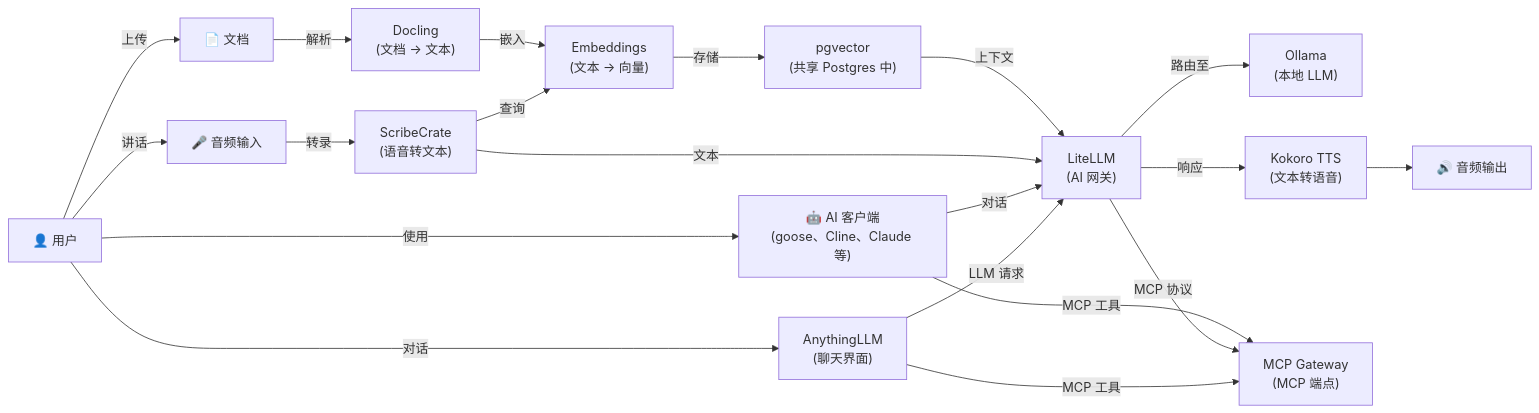
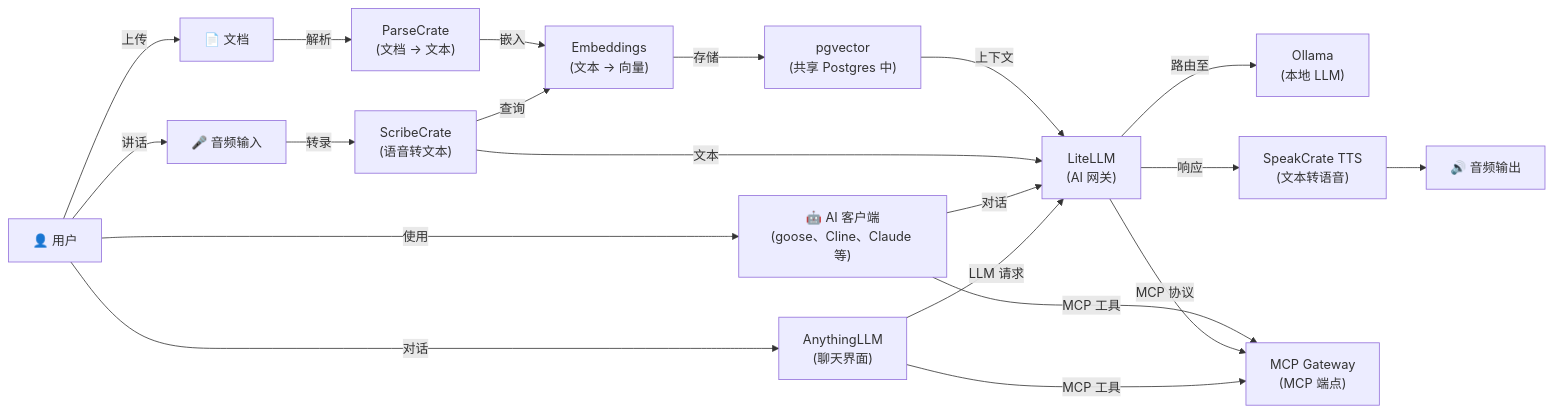
The diagram in README-zh.md (hwdsl2/self-hosted-ai-stack), drawn with Mermaid before and after one commit. The commit also changed other lines of this file and 26 other files, not shown here.

````diff
--- a/README-zh.md
+++ b/README-zh.md
@@ -188,22 +188,22 @@
 ```mermaid
 graph LR
     A["🎤 音频输入"] -->|转录| W["ScribeCrate<br/>(语音转文本)"]
-    D["📄 文档"] -->|解析| DC["Docling<br/>(文档 → 文本)"]
+    D["📄 文档"] -->|解析| DC["ParseCrate<br/>(文档 → 文本)"]
     DC -->|嵌入| E["Embeddings<br/>(文本 → 向量)"]
     E -->|存储| VDB["pgvector<br/>(共享 Postgres 中)"]
     W -->|查询| E
     VDB -->|上下文| L["LiteLLM<br/>(AI 网关)"]
     W -->|文本| L
     L -->|路由至| O["Ollama<br/>(本地 LLM)"]
-    L -->|响应| T["Kokoro TTS<br/>(文本转语音)"]
+    L -->|响应| T["SpeakCrate TTS<br/>(文本转语音)"]
     T --> B["🔊 音频输出"]
     C["🤖 AI 客户端<br/>(goose、Cline、Claude 等)"] -->|MCP 工具| M["MCP Gateway<br/>(MCP 端点)"]
     C -->|对话| L
     L -->|MCP 协议| M
     U["👤 用户"] -->|对话| AN["AnythingLLM<br/>(聊天界面)"]
     AN -->|LLM 请求| L
     AN -->|MCP 工具| M
     U -->|使用| C
     U -->|讲话| A
     U -->|上传| D
 ```
````
